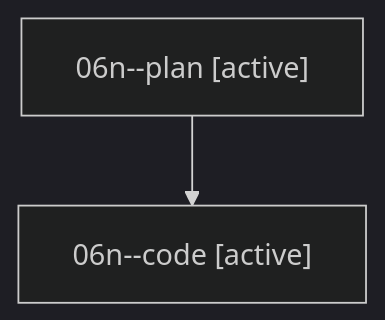
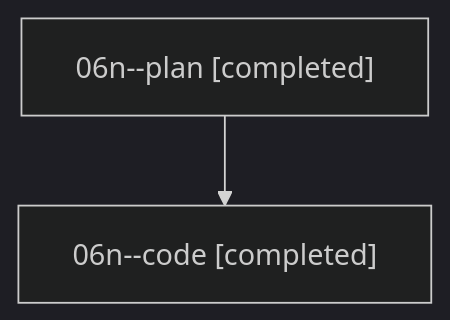
The diagram in families/bbugyi200.athena.06n.md (sase-org/sase--agents), drawn with Mermaid (dark theme) before and after one commit. The commit also changed other lines of this file and 24 other files, not shown here.

````diff
--- a/families/bbugyi200.athena.06n.md
+++ b/families/bbugyi200.athena.06n.md
@@ -9,6 +9,6 @@
 ```mermaid
 flowchart TD
-  n0["06n--plan [active]"]
-  n1["06n--code [active]"]
+  n0["06n--plan [completed]"]
+  n1["06n--code [completed]"]
   n0 --> n1
 ```
````
